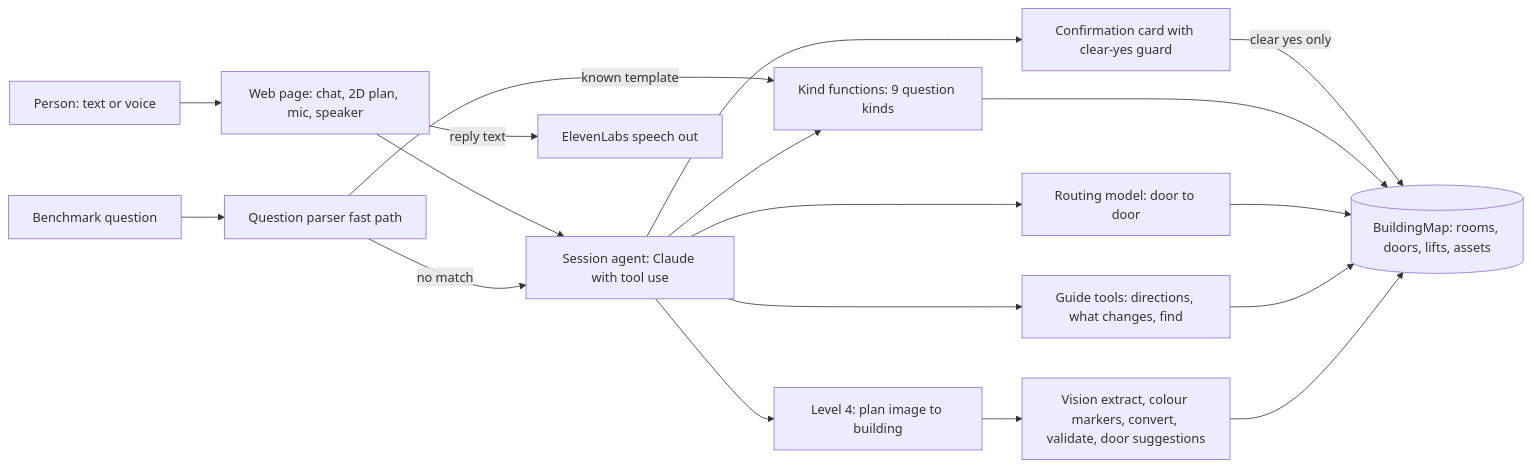
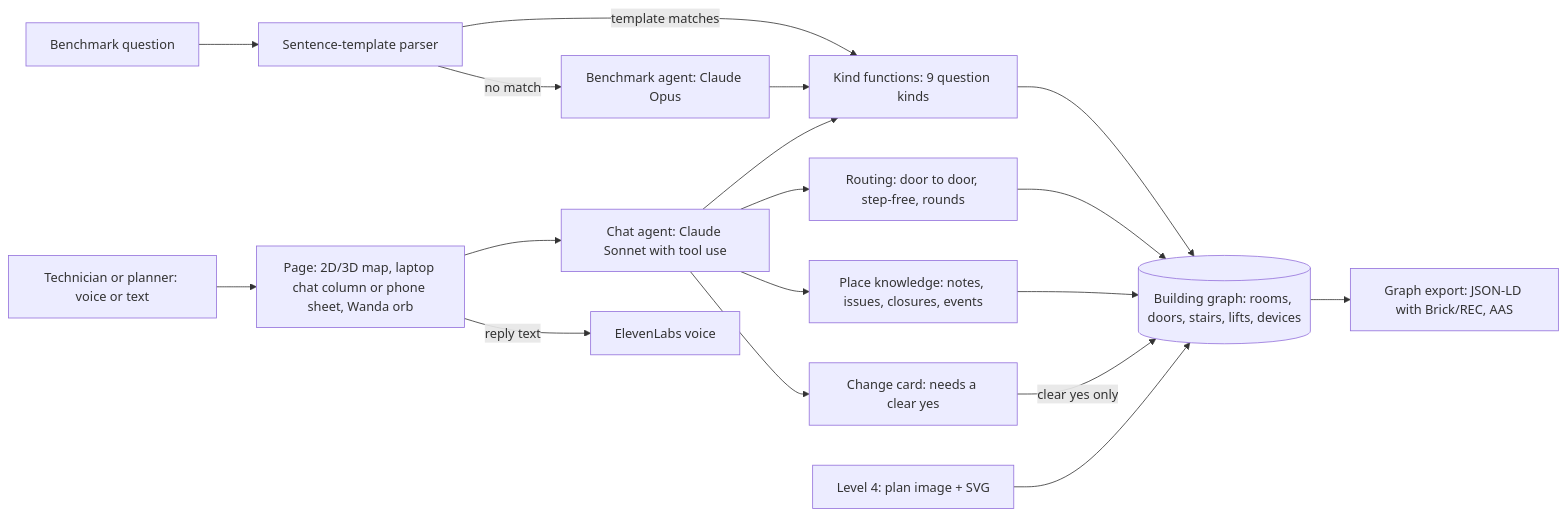
One commit to jennifoofoo/synera-agent changed the diagram in docs/submission/TECHNICAL_EXPLANATION.md. Above: the diagram before and after it, drawn with Mermaid. The commit also changed other lines of this file and 3 other files, not shown here.

````diff
--- a/docs/submission/TECHNICAL_EXPLANATION.md
+++ b/docs/submission/TECHNICAL_EXPLANATION.md
@@ -11,20 +14,20 @@
 ```mermaid
 flowchart LR
-  U[Person: text or voice] --> W[Web page: chat, 2D plan, mic, speaker]
-  W --> S[Session agent: Claude with tool use]
-  Q[Benchmark question] --> P[Question parser fast path]
-  P -->|known template| K
-  P -->|no match| S
+  U[Technician or planner: voice or text] --> W[Page: 2D/3D map, laptop chat column or phone sheet, Wanda orb]
+  W --> S[Chat agent: Claude Sonnet with tool use]
+  Q[Benchmark question] --> P[Sentence-template parser]
+  P -->|template matches| K
+  P -->|no match| A[Benchmark agent: Claude Opus]
+  A --> K
   S --> K[Kind functions: 9 question kinds]
-  S --> R[Routing model: door to door]
-  S --> G[Guide tools: directions, what changes, find]
-  S --> C[Confirmation card with clear-yes guard]
+  S --> R[Routing: door to door, step-free, rounds]
+  S --> N[Place knowledge: notes, issues, closures, events]
+  S --> C[Change card: needs a clear yes]
   C -->|clear yes only| B
-  K --> B[(BuildingMap: rooms, doors, lifts, assets)]
+  K --> B[(Building graph: rooms, doors, stairs, lifts, devices)]
   R --> B
-  G --> B
-  S --> L4[Level 4: plan image to building]
-  L4 --> V[Vision extract, colour markers, convert, validate, door suggestions]
-  V --> B
-  W -->|reply text| T[ElevenLabs speech out]
+  N --> B
+  B --> X[Graph export: JSON-LD with Brick/REC, AAS]
+  L4[Level 4: plan image + SVG] --> B
+  W -->|reply text| T[ElevenLabs voice]
 ```
````
